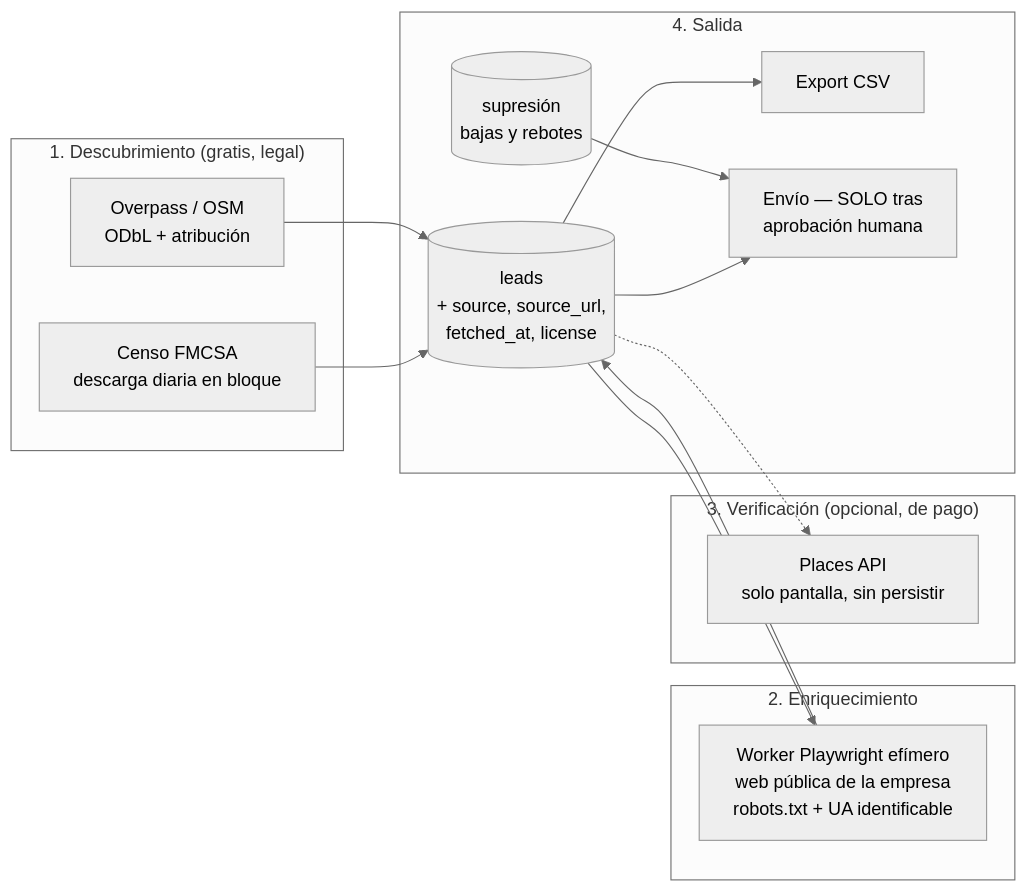
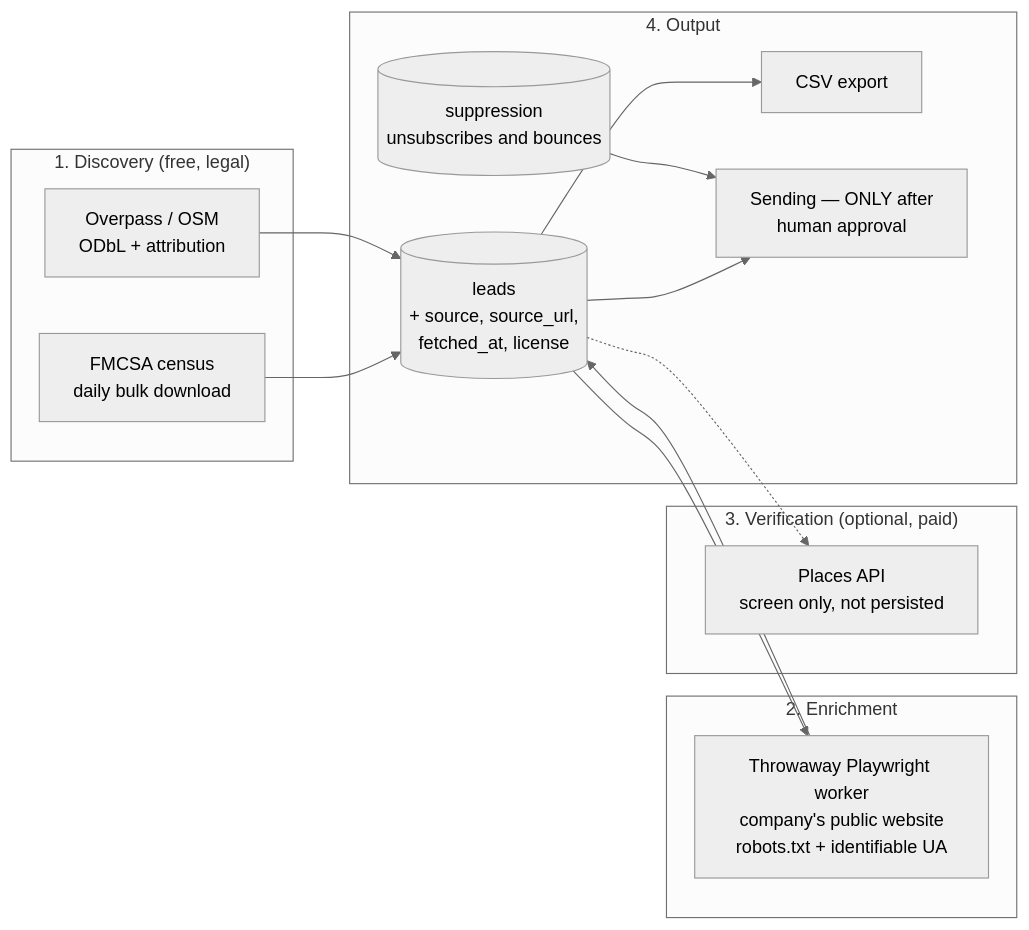
The diagram in docs/research/D-scrapers-leads.md (RosaritoRD/centro-de-mando), drawn with Mermaid (neutral theme) before and after one commit. The commit also changed other lines of this file and 79 other files, not shown here.

Commit message:
English everywhere: bilingual web panel (EN/ES, follows the browser), API messages, comments, docs and research reports

````diff
--- a/docs/research/D-scrapers-leads.md
+++ b/docs/research/D-scrapers-leads.md
@@ -264,27 +259,27 @@
 ```mermaid
 flowchart LR
-    subgraph desc["1. Descubrimiento (gratis, legal)"]
-        FMCSA["Censo FMCSA<br/>descarga diaria en bloque"]
-        OSM["Overpass / OSM<br/>ODbL + atribución"]
+    subgraph desc["1. Discovery (free, legal)"]
+        FMCSA["FMCSA census<br/>daily bulk download"]
+        OSM["Overpass / OSM<br/>ODbL + attribution"]
     end
-    subgraph enr["2. Enriquecimiento"]
-        WEB["Worker Playwright efímero<br/>web pública de la empresa<br/>robots.txt + UA identificable"]
+    subgraph enr["2. Enrichment"]
+        WEB["Throwaway Playwright worker<br/>company's public website<br/>robots.txt + identifiable UA"]
     end
-    subgraph ver["3. Verificación (opcional, de pago)"]
-        GP["Places API<br/>solo pantalla, sin persistir"]
+    subgraph ver["3. Verification (optional, paid)"]
+        GP["Places API<br/>screen only, not persisted"]
     end
-    subgraph out["4. Salida"]
+    subgraph out["4. Output"]
         DB[("leads<br/>+ source, source_url,<br/>fetched_at, license")]
-        SUP[("supresión<br/>bajas y rebotes")]
-        CSV["Export CSV"]
-        MAIL["Envío — SOLO tras<br/>aprobación humana"]
+        SUP[("suppression<br/>unsubscribes and bounces")]
+        CSV["CSV export"]
+        MAIL["Sending — ONLY after<br/>human approval"]
     end
 
     FMCSA --> DB
     OSM --> DB
     DB --> WEB --> DB
     DB -.-> GP
     DB --> CSV
     DB --> MAIL
     SUP --> MAIL
 ```
````
